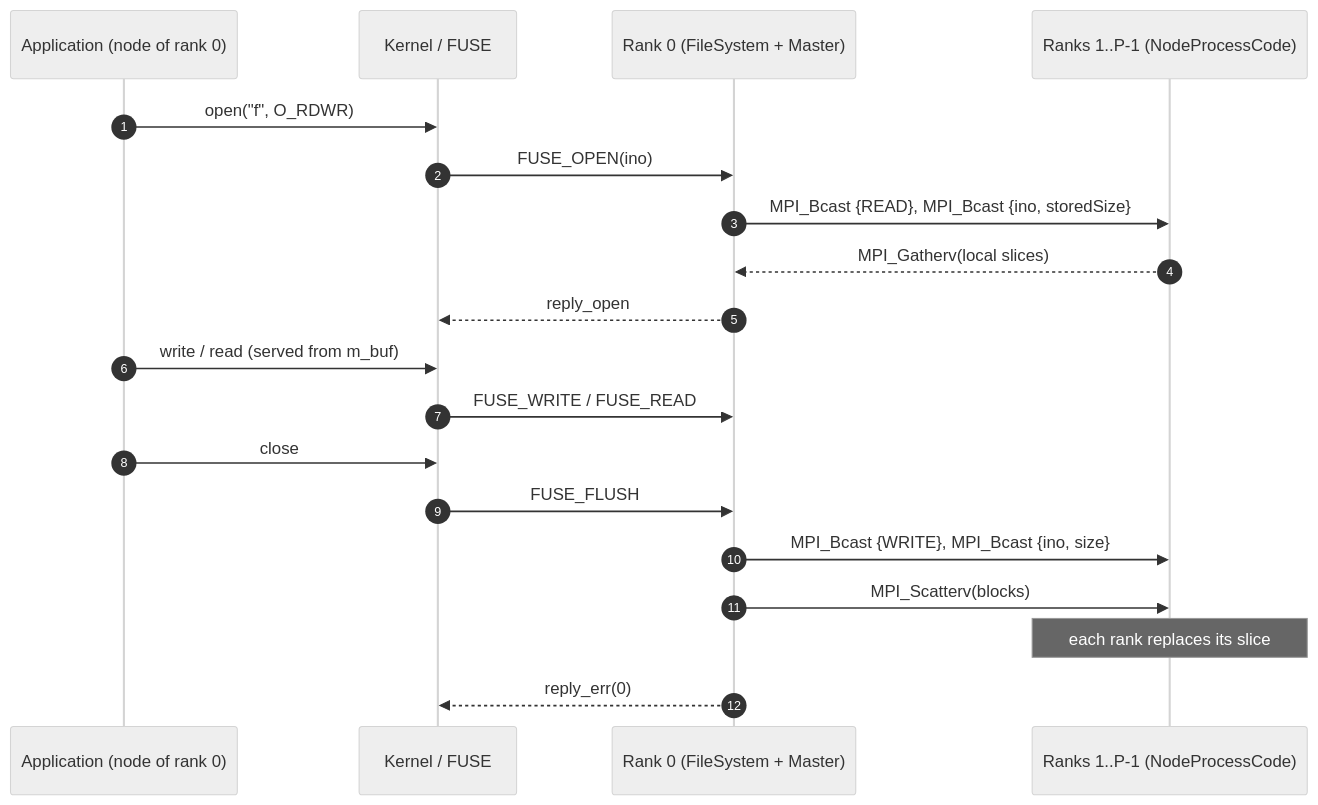
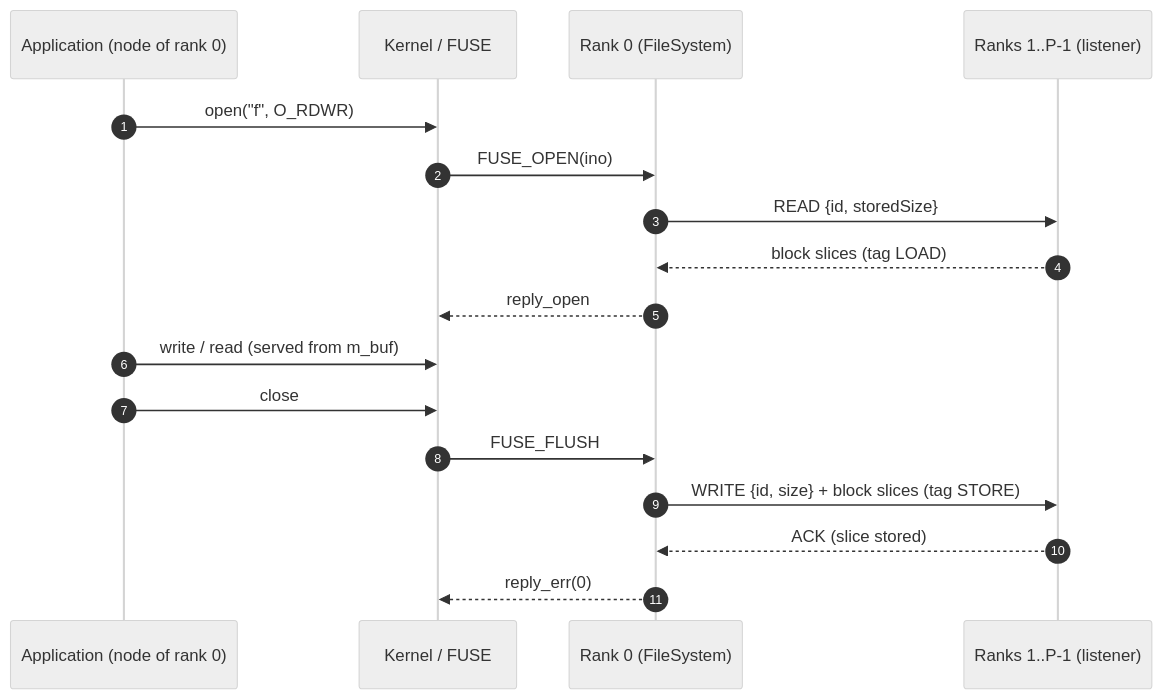
One commit to DagOnStar/DAGonFS changed the third of 5 diagrams in docs/ARCHITECTURE.md. Above: the diagram before and after it, drawn with Mermaid (neutral theme). The commit also changed other lines of this file and 107 other files, not shown here.

````diff
--- a/docs/ARCHITECTURE.md
+++ b/docs/ARCHITECTURE.md
@@ -61,21 +77,19 @@
 ```mermaid
 sequenceDiagram
     autonumber
     participant App as Application (node of rank 0)
     participant K as Kernel / FUSE
-    participant M as Rank 0 (FileSystem + Master)
-    participant W as Ranks 1..P-1 (NodeProcessCode)
+    participant M as Rank 0 (FileSystem)
+    participant W as Ranks 1..P-1 (listener)
     App->>K: open("f", O_RDWR)
     K->>M: FUSE_OPEN(ino)
-    M->>W: MPI_Bcast {READ}, MPI_Bcast {ino, storedSize}
-    W-->>M: MPI_Gatherv(local slices)
+    M->>W: READ {id, storedSize}
+    W-->>M: block slices (tag LOAD)
     M-->>K: reply_open
     App->>K: write / read (served from m_buf)
-    K->>M: FUSE_WRITE / FUSE_READ
     App->>K: close
     K->>M: FUSE_FLUSH
-    M->>W: MPI_Bcast {WRITE}, MPI_Bcast {ino, size}
-    M->>W: MPI_Scatterv(blocks)
-    Note over W: each rank replaces its slice
+    M->>W: WRITE {id, size} + block slices (tag STORE)
+    W-->>M: ACK (slice stored)
     M-->>K: reply_err(0)
 ```
````
